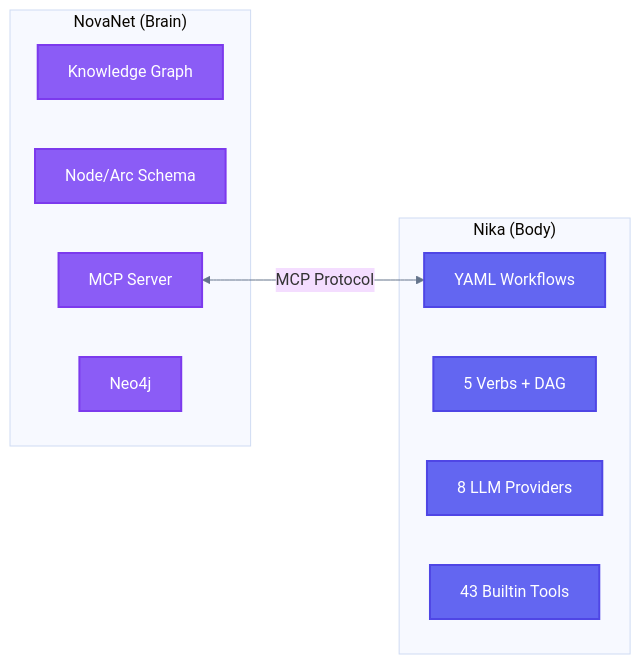
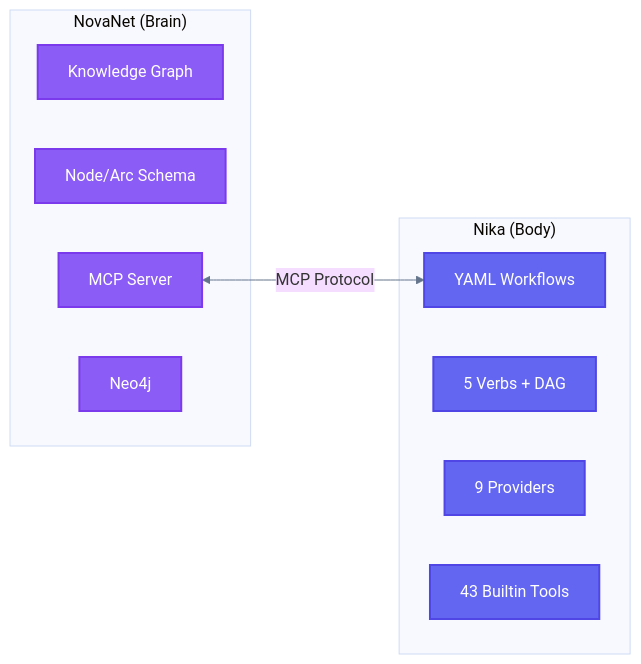
One commit to supernovae-st/nika changed the sixth of 6 diagrams in README.md. Above: the diagram before and after it, drawn with Mermaid. The commit also changed other lines of this file, not shown here.

````diff
--- a/README.md
+++ b/README.md
@@ -1222,26 +1225,26 @@
 ```mermaid
 %%{init: {'theme': 'base', 'themeVariables': {'lineColor': '#64748b'}}}%%
 flowchart LR
     classDef brain fill:#8b5cf6,stroke:#7c3aed,stroke-width:2px,color:#ffffff
     classDef body fill:#6366f1,stroke:#4f46e5,stroke-width:2px,color:#ffffff
     classDef protocol fill:#f59e0b,stroke:#d97706,stroke-width:2px,color:#ffffff
 
     subgraph NovaNet ["NovaNet (Brain)"]
         KG[Knowledge Graph]:::brain
         SCHEMA[Node/Arc Schema]:::brain
         MCPSVR[MCP Server]:::brain
         NEO[Neo4j]:::brain
     end
 
     subgraph Nika ["Nika (Body)"]
         WF[YAML Workflows]:::body
         VERBS[5 Verbs + DAG]:::body
-        PROVIDERS[8 LLM Providers]:::body
+        PROVIDERS[9 Providers]:::body
         TOOLS[43 Builtin Tools]:::body
     end
 
     MCPSVR <-->|MCP Protocol| WF
 
     accTitle: SuperNovae Ecosystem
     accDescr: NovaNet serves as the brain with knowledge graph and MCP server, Nika serves as the body with workflow execution
 ```
````
